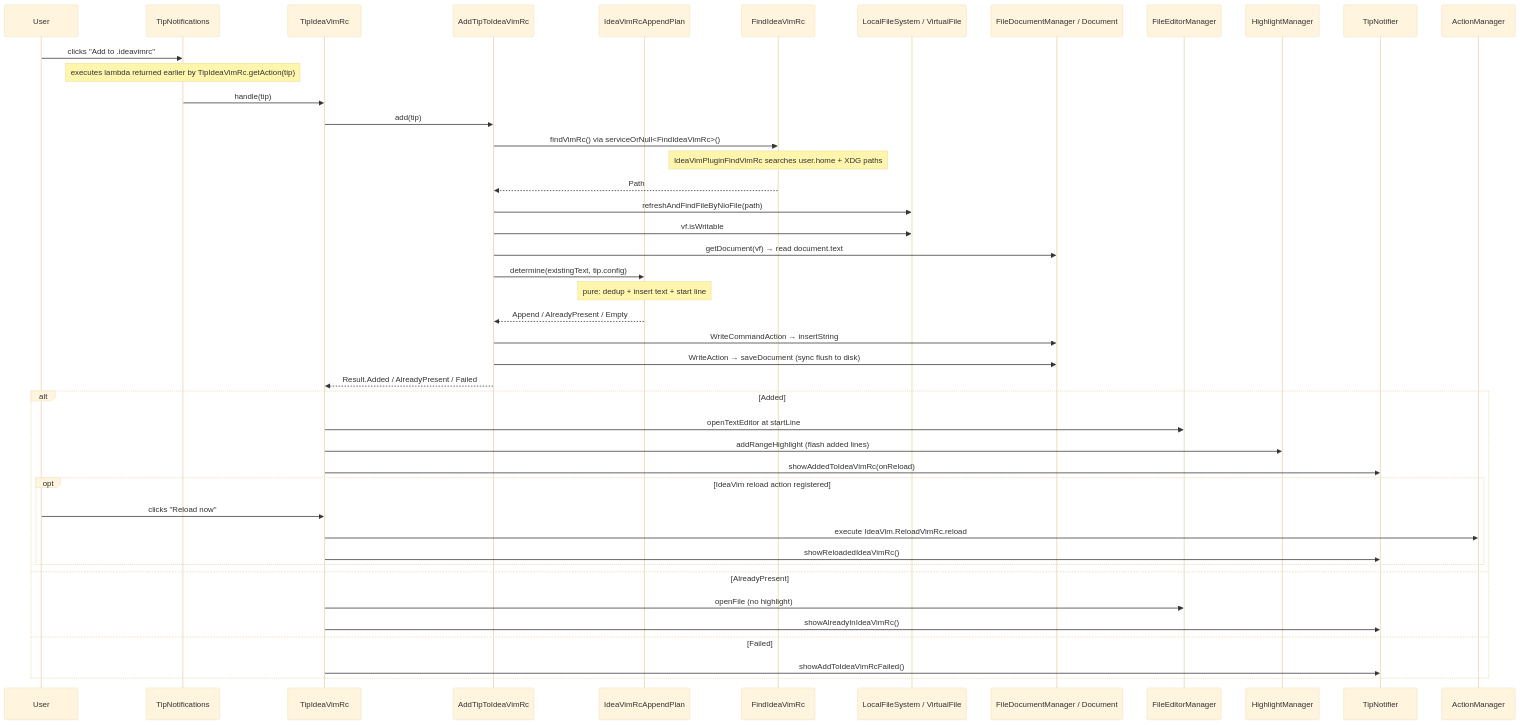
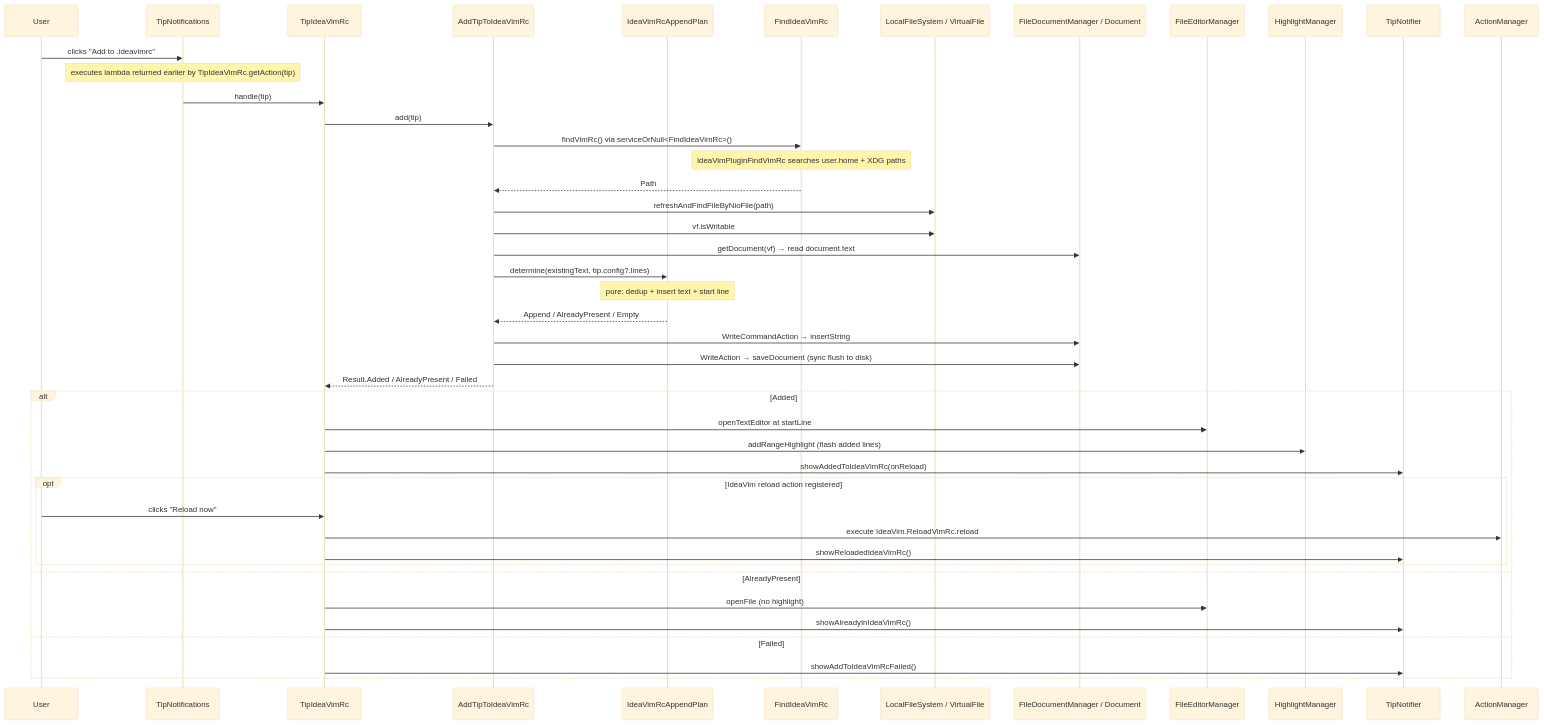
The second of 2 diagrams in docs/features/ideavimrc-button.md (pooryam92/vim-coach), drawn with Mermaid (base theme) before and after one commit. The commit also changed other lines of this file and 2 other files, not shown here.

````diff
--- a/docs/features/ideavimrc-button.md
+++ b/docs/features/ideavimrc-button.md
@@ -28,48 +30,48 @@
 ```mermaid
 sequenceDiagram
     participant User
     participant TN as TipNotifications
     participant IV as TipIdeaVimRc
     participant ADD as AddTipToIdeaVimRc
     participant PLAN as IdeaVimRcAppendPlan
     participant FIND as FindIdeaVimRc
     participant VFS as LocalFileSystem / VirtualFile
     participant DOC as FileDocumentManager / Document
     participant ED as FileEditorManager
     participant HM as HighlightManager
     participant N as TipNotifier
     participant AM as ActionManager
 
     User->>TN: clicks "Add to .ideavimrc"
     note over TN: executes lambda returned earlier by TipIdeaVimRc.getAction(tip)
     TN->>IV: handle(tip)
     IV->>ADD: add(tip)
     ADD->>FIND: findVimRc() via serviceOrNull<FindIdeaVimRc>()
     note over FIND: IdeaVimPluginFindVimRc searches user.home + XDG paths
     FIND-->>ADD: Path
     ADD->>VFS: refreshAndFindFileByNioFile(path)
     ADD->>VFS: vf.isWritable
     ADD->>DOC: getDocument(vf) → read document.text
-    ADD->>PLAN: determine(existingText, tip.config)
+    ADD->>PLAN: determine(existingText, tip.config?.lines)
     note over PLAN: pure: dedup + insert text + start line
     PLAN-->>ADD: Append / AlreadyPresent / Empty
     ADD->>DOC: WriteCommandAction → insertString
     ADD->>DOC: WriteAction → saveDocument (sync flush to disk)
     ADD-->>IV: Result.Added / AlreadyPresent / Failed
 
     alt Added
         IV->>ED: openTextEditor at startLine
         IV->>HM: addRangeHighlight (flash added lines)
         IV->>N: showAddedToIdeaVimRc(onReload)
         opt IdeaVim reload action registered
             User->>IV: clicks "Reload now"
             IV->>AM: execute IdeaVim.ReloadVimRc.reload
             IV->>N: showReloadedIdeaVimRc()
         end
     else AlreadyPresent
         IV->>ED: openFile (no highlight)
         IV->>N: showAlreadyInIdeaVimRc()
     else Failed
         IV->>N: showAddToIdeaVimRcFailed()
     end
 ```
````
